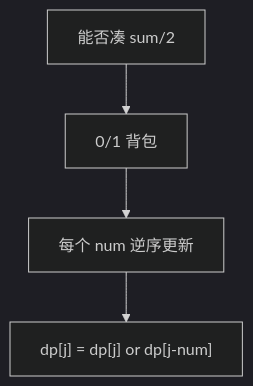
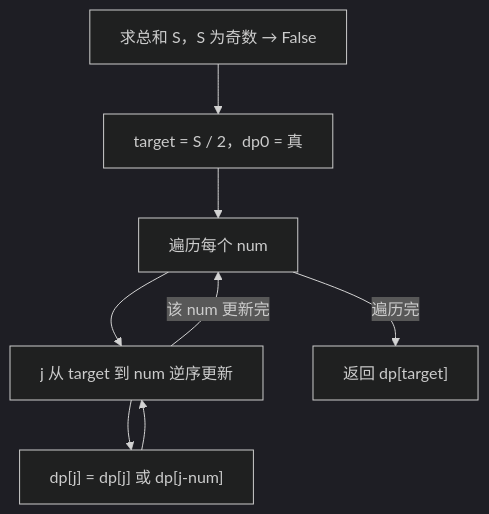
Before and after one commit to OctalZero/hot100-py: the first of 2 diagrams in 16-动态规划/0416-分割等和子集.md, drawn with Mermaid (dark theme). The commit also changed other lines of this file and 117 other files, not shown here.

First line of the commit message:
feat: 全题解配图升级为「动画式 mermaid」（总览骨架 + 横向时间线逐步推演）

````diff
--- a/16-动态规划/0416-分割等和子集.md
+++ b/16-动态规划/0416-分割等和子集.md
@@ -19,6 +19,10 @@
 ```mermaid
 flowchart TD
-    A["能否凑 sum/2"] --> B["0/1 背包"]
-    B --> C["每个 num 逆序更新"]
-    C --> D["dp[j] = dp[j] or dp[j-num]"]
+    A["求总和 S，S 为奇数 → False"] --> B["target = S / 2，dp0 = 真"]
+    B --> C["遍历每个 num"]
+    C --> D["j 从 target 到 num 逆序更新"]
+    D --> E["dp[j] = dp[j] 或 dp[j-num]"]
+    E --> D
+    D -->|"该 num 更新完"| C
+    C -->|"遍历完"| F["返回 dp[target]"]
 ```
````
